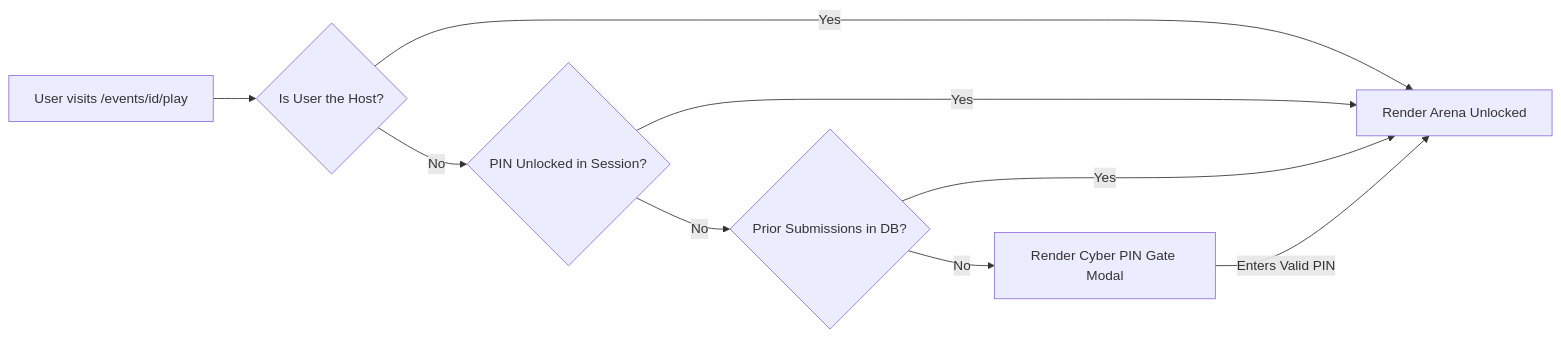
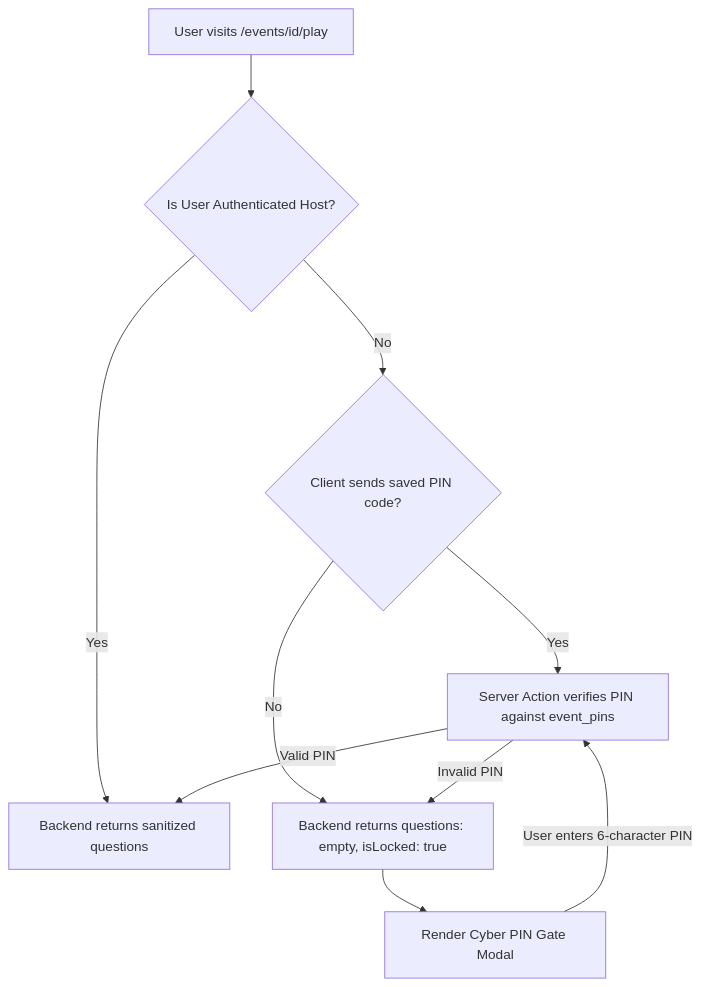
One commit to Joydeep2005Banik/CTFy changed the fourth of 4 diagrams in docs/architecture/ARCHITECTURE.md. Above: the diagram before and after it, drawn with Mermaid. The commit also changed other lines of this file and 3 other files, not shown here.

Commit message:
docs: update architecture and system design documentation with zero-leak RLS and audit log models

````diff
--- a/docs/architecture/ARCHITECTURE.md
+++ b/docs/architecture/ARCHITECTURE.md
@@ -173,11 +197,12 @@
 ```mermaid
-graph LR
-    A[User visits /events/id/play] --> B{Is User the Host?}
-    B -- Yes --> D[Render Arena Unlocked]
-    B -- No --> C{PIN Unlocked in Session?}
-    C -- Yes --> D
-    C -- No --> E{Prior Submissions in DB?}
-    E -- Yes --> D
-    E -- No --> F[Render Cyber PIN Gate Modal]
-    F -->|Enters Valid PIN| D
+graph TD
+    A[User visits /events/id/play] --> B{Is User Authenticated Host?}
+    B -- Yes --> D[Backend returns sanitized questions]
+    B -- No --> C{Client sends saved PIN code?}
+    C -- Yes --> E[Server Action verifies PIN against event_pins]
+    C -- No --> F[Backend returns questions: empty, isLocked: true]
+    E -- Valid PIN --> D
+    E -- Invalid PIN --> F
+    F --> G[Render Cyber PIN Gate Modal]
+    G -->|User enters 6-character PIN| E
 ```
````
